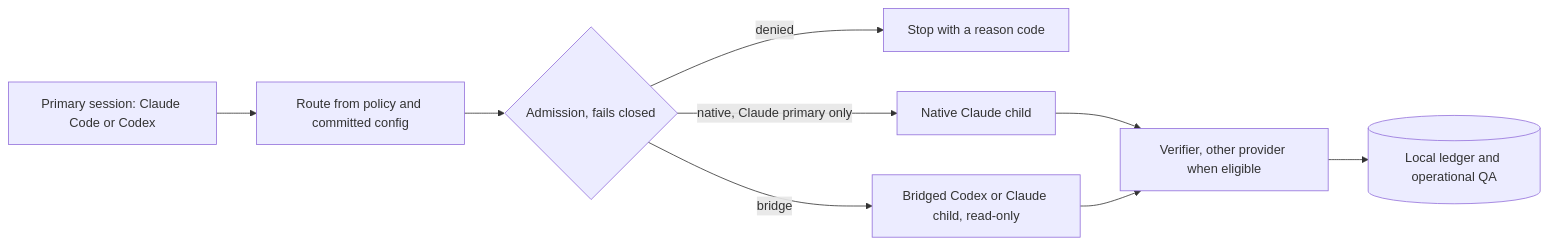
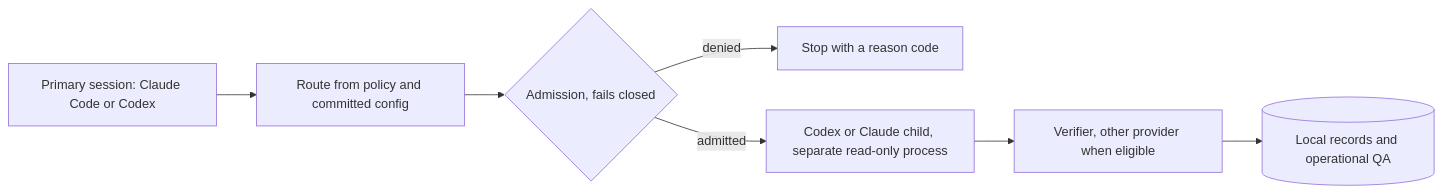
The first of 2 diagrams in docs/how-it-works.md (Lyderies/CoCoLo), drawn with Mermaid before and after one commit. The commit also changed other lines of this file and 14 other files, not shown here.

````diff
--- a/docs/how-it-works.md
+++ b/docs/how-it-works.md
@@ -15,11 +22,9 @@
 ```mermaid
 flowchart LR
     P["Primary session: Claude Code or Codex"] --> R["Route from policy and committed config"]
     R --> A{"Admission, fails closed"}
     A -- "denied" --> X["Stop with a reason code"]
-    A -- "native, Claude primary only" --> N["Native Claude child"]
-    A -- "bridge" --> B["Bridged Codex or Claude child, read-only"]
-    N --> V["Verifier, other provider when eligible"]
-    B --> V
-    V --> L[("Local ledger and operational QA")]
+    A -- "admitted" --> B["Codex or Claude child, separate read-only process"]
+    B --> V["Verifier, other provider when eligible"]
+    V --> L[("Local records and operational QA")]
 ```
````
